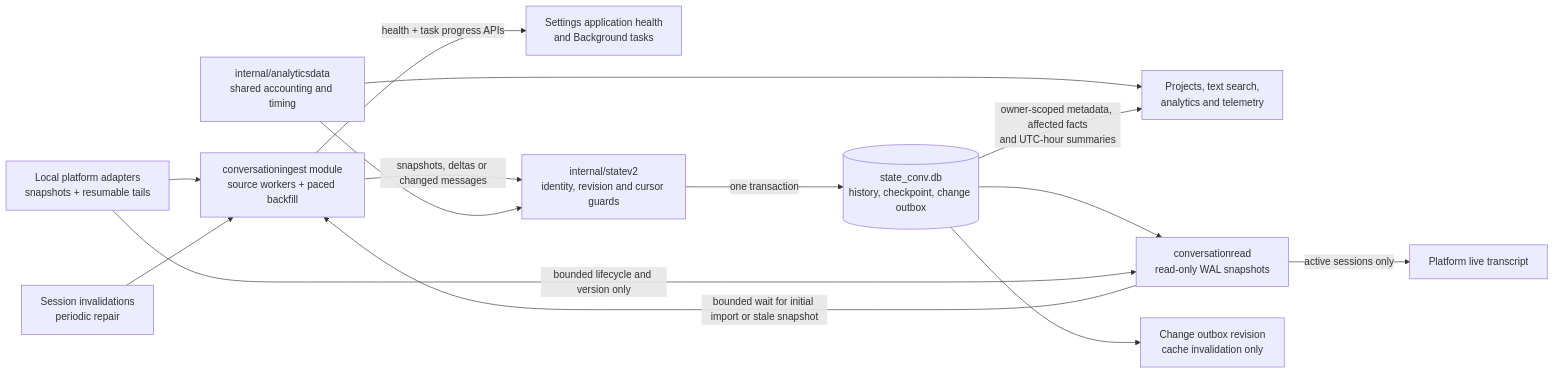
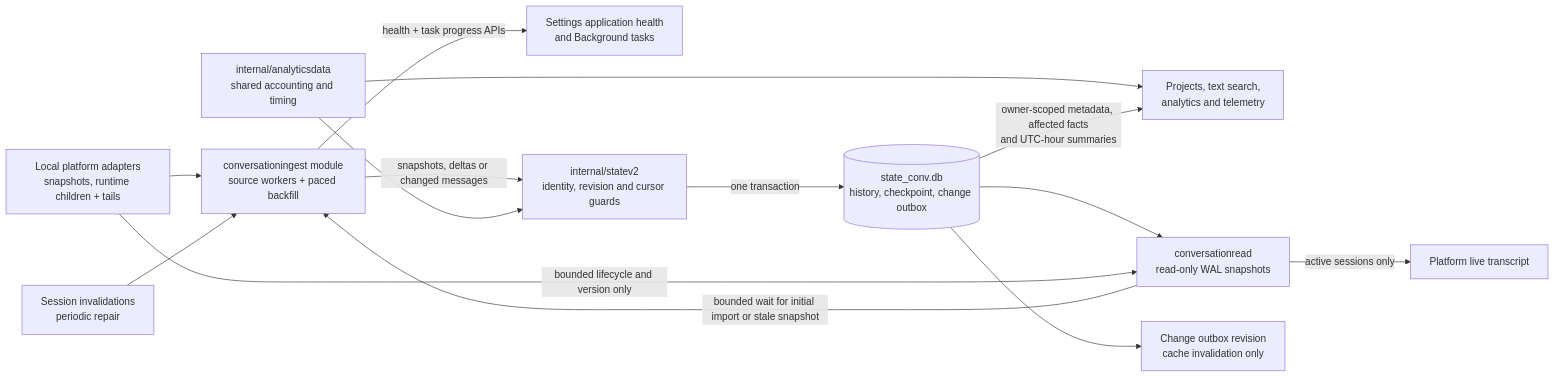
The third of 13 diagrams in docs/other/architecture.md (ocman/ocman), drawn with Mermaid before and after one commit. The commit also changed other lines of this file and 23 other files, not shown here.

````diff
--- a/docs/other/architecture.md
+++ b/docs/other/architecture.md
@@ -239,17 +239,17 @@
 ```mermaid
 flowchart LR
     Import[conversationingest module<br/>source workers + paced backfill]
-    Adapters[Local platform adapters<br/>snapshots + resumable tails] --> Import
+    Adapters[Local platform adapters<br/>snapshots, runtime children + tails] --> Import
     Events[Session invalidations<br/>periodic repair] --> Import
     Import -->|health + task progress APIs| UI[Settings application health<br/>and Background tasks]
     Import -->|snapshots, deltas or changed messages| Commit[internal/statev2<br/>identity, revision and cursor guards]
     Rules[internal/analyticsdata<br/>shared accounting and timing] --> Commit
     Rules --> Analytics
     Commit -->|one transaction| History[(state_conv.db<br/>history, checkpoint, change outbox)]
     History --> Reader[conversationread<br/>read-only WAL snapshots]
     Adapters -->|bounded lifecycle and version only| Reader
     Reader -->|bounded wait for initial import or stale snapshot| Import
     Reader -->|active sessions only| Live[Platform live transcript]
     History -->|owner-scoped metadata, affected facts<br/>and UTC-hour summaries| Analytics[Projects, text search,<br/>analytics and telemetry]
     History --> Changes[Change outbox revision<br/>cache invalidation only]
 ```
````
